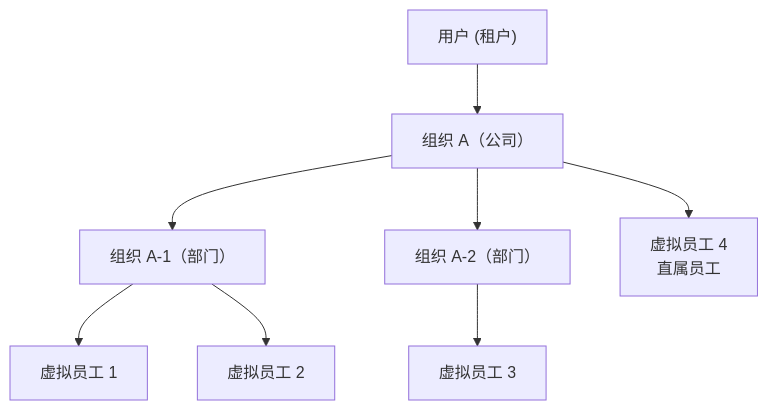
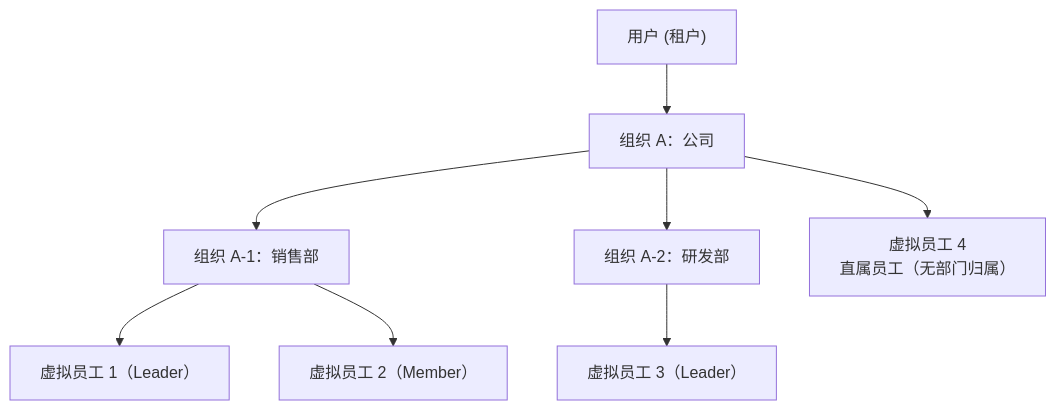
One commit to chongyi/virtual-team-architecture changed the first of 2 diagrams in virtual-team/src/10-tenant-and-org-model.md. Above: the diagram before and after it, drawn with Mermaid. The commit also changed other lines of this file and 20 other files, not shown here.

````diff
--- a/virtual-team/src/10-tenant-and-org-model.md
+++ b/virtual-team/src/10-tenant-and-org-model.md
@@ -30,12 +82,12 @@
 ```mermaid
 flowchart TD
     user["用户 (租户)"]
-    user --> orgA["组织 A（公司）"]
-    orgA --> orgA1["组织 A-1（部门）"]
-    orgA --> orgA2["组织 A-2（部门）"]
-    orgA --> ve4["虚拟员工 4<br/>直属员工"]
+    user --> orgA["组织 A：公司"]
+    orgA --> orgA1["组织 A-1：销售部"]
+    orgA --> orgA2["组织 A-2：研发部"]
+    orgA --> ve4["虚拟员工 4<br/>直属员工（无部门归属）"]
 
-    orgA1 --> ve1["虚拟员工 1"]
-    orgA1 --> ve2["虚拟员工 2"]
-    orgA2 --> ve3["虚拟员工 3"]
+    orgA1 --> ve1["虚拟员工 1（Leader）"]
+    orgA1 --> ve2["虚拟员工 2（Member）"]
+    orgA2 --> ve3["虚拟员工 3（Leader）"]
 ```
````
